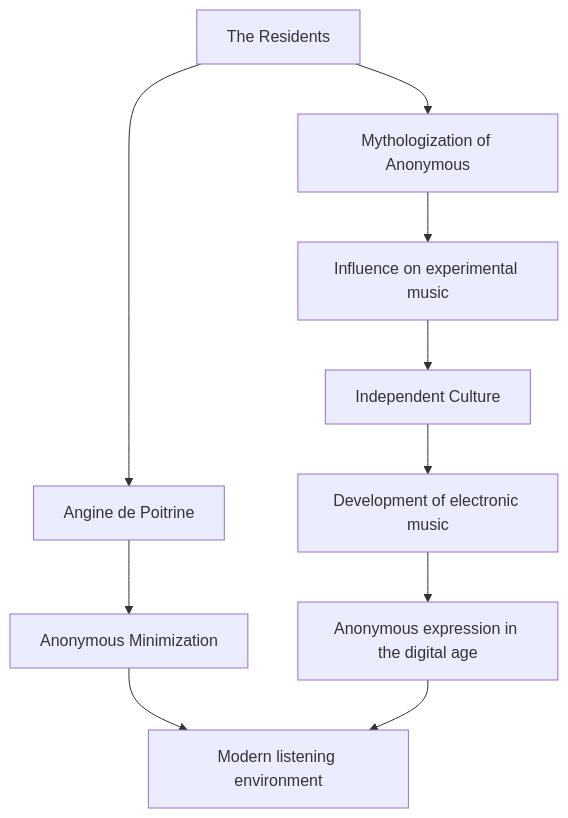
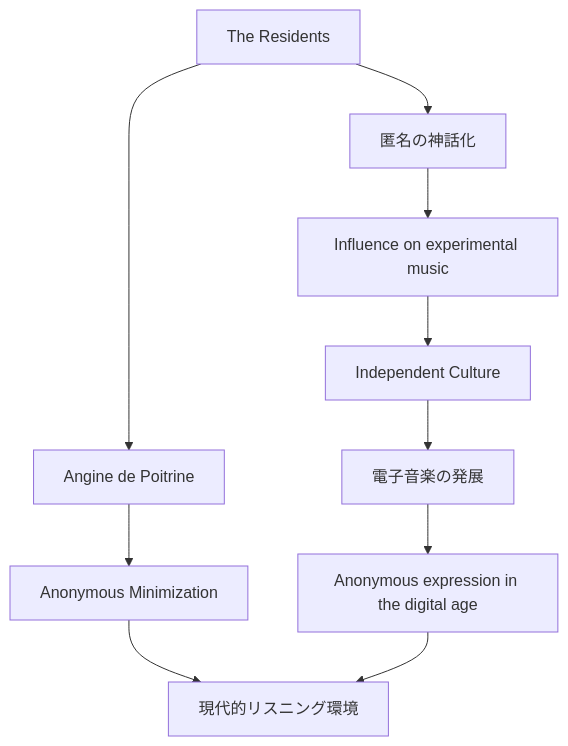
One commit to monumental-movement/monumental-movement.github.io changed diagram 15 of 17 in en/_posts/2026-07-06-column-angine-de-poitrine-the-residents.md. Above: the diagram before and after it, drawn with Mermaid. The commit also changed other lines of this file and 2196 other files, not shown here.

```diff
--- a/en/_posts/2026-07-06-column-angine-de-poitrine-the-residents.md
+++ b/en/_posts/2026-07-06-column-angine-de-poitrine-the-residents.md
@@ -1532,18 +1531,18 @@
 <div class="mermaid">
 flowchart TD
 
 A["The Residents"]
-B["Mythologization of Anonymous"]
+B["匿名の神話化"]
 C["Influence on experimental music"]
 D["Independent Culture"]
-E["Development of electronic music"]
+E["電子音楽の発展"]
 F["Anonymous expression in the digital age"]
 G["Angine de Poitrine"]
 H["Anonymous Minimization"]
-I["Modern listening environment"]
+I["現代的リスニング環境"]
 
 A --> B --> C --> D
 D --> E --> F
 A --> G --> H --> I
 F --> I
 </div>
```
